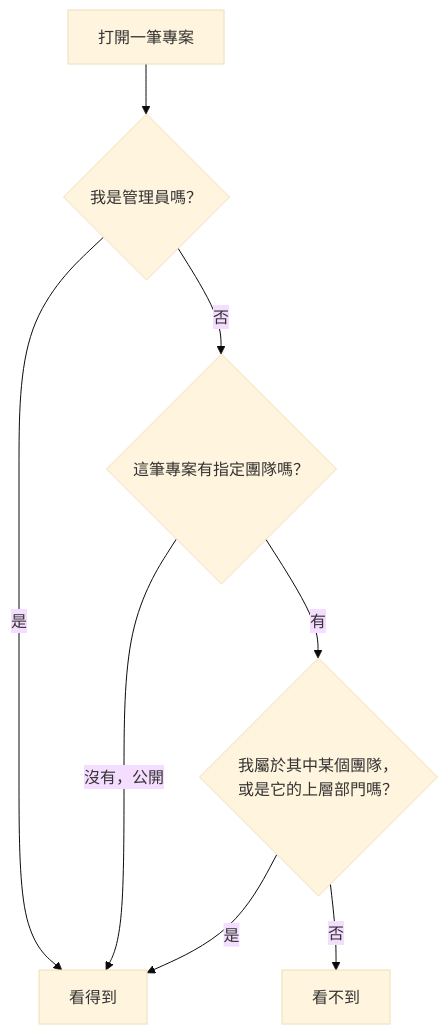
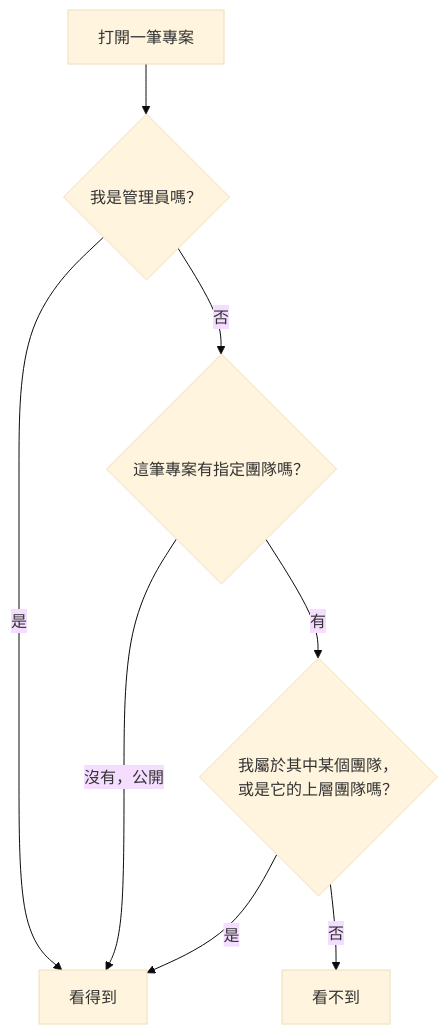
The fifth of 9 diagrams in docs/guides/新手完整操作指南.md (vulcanlee/NET10-Blazor-Starter), drawn with Mermaid (base theme) before and after one commit. The commit also changed other lines of this file and 62 other files, not shown here.

````diff
--- a/docs/guides/新手完整操作指南.md
+++ b/docs/guides/新手完整操作指南.md
@@ -1493,10 +1493,10 @@
 ```mermaid
 flowchart TD
     A["打開一筆專案"] --> B{"我是管理員嗎？"}
     B -->|是| Y["看得到"]
     B -->|否| C{"這筆專案有指定團隊嗎？"}
     C -->|沒有，公開| Y
-    C -->|有| D{"我屬於其中某個團隊，<br/>或是它的上層部門嗎？"}
+    C -->|有| D{"我屬於其中某個團隊，<br/>或是它的上層團隊嗎？"}
     D -->|是| Y
     D -->|否| N["看不到"]
 ```
````
